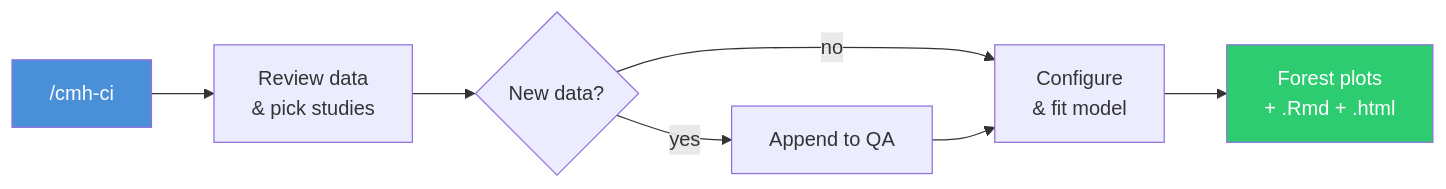
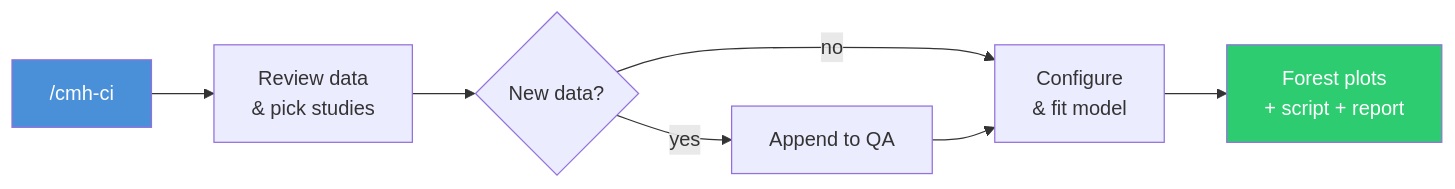
Before and after one commit to tomdelanylilly/BNMA_SKILL: the first of 2 diagrams in docs/cmh-ci_tutorial.qmd, drawn with Mermaid. The commit also changed other lines of this file and 4 other files, not shown here.

First line of the commit message:
Propagate report.R + forest-plot-label fix to docs

````diff
--- a/docs/cmh-ci_tutorial.qmd
+++ b/docs/cmh-ci_tutorial.qmd
@@ -85,13 +85,13 @@
 ```{mermaid}
 %%| fig-cap: "The /cmh-ci workflow"
 flowchart LR
     A["/cmh-ci"] --> B["Review data\n& pick studies"]
     B --> C{"New data?"}
     C -->|yes| D["Append to QA"]
     C -->|no| E["Configure\n& fit model"]
     D --> E
-    E --> F["Forest plots\n+ .Rmd + .html"]
+    E --> F["Forest plots\n+ script + report"]
 
     style A fill:#4A90D9,color:#fff
     style F fill:#2ECC71,color:#fff
 ```
````
